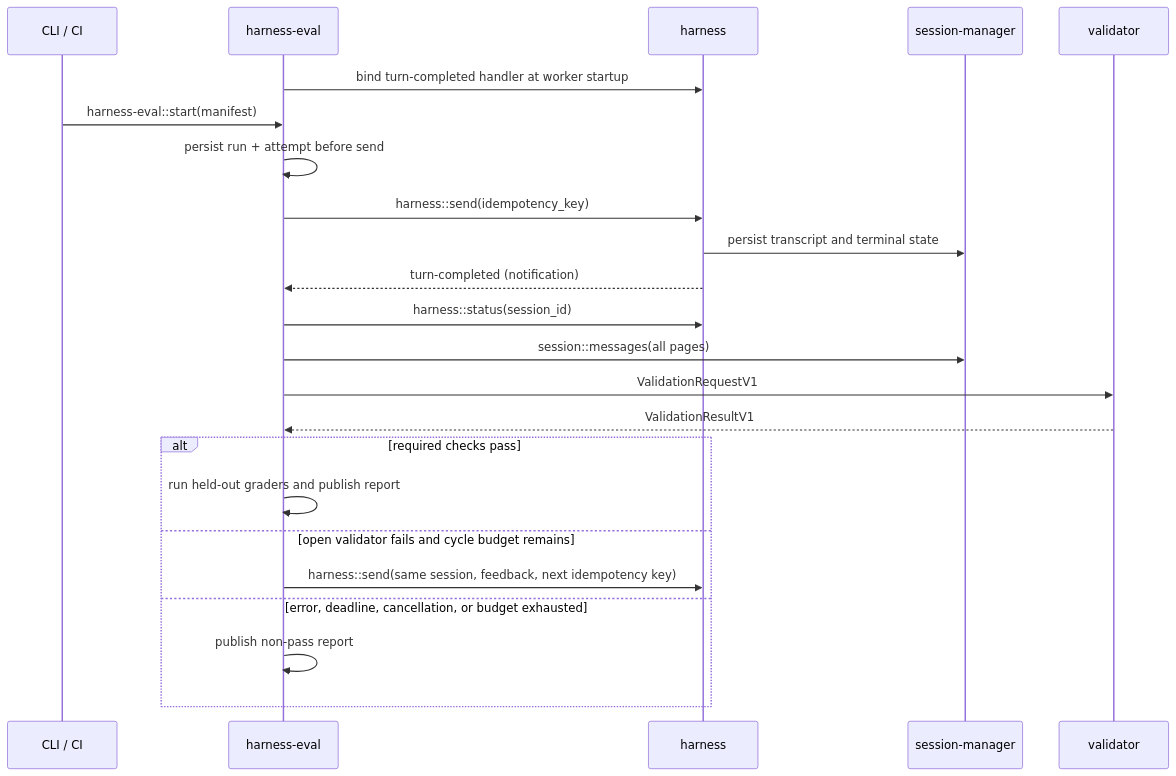
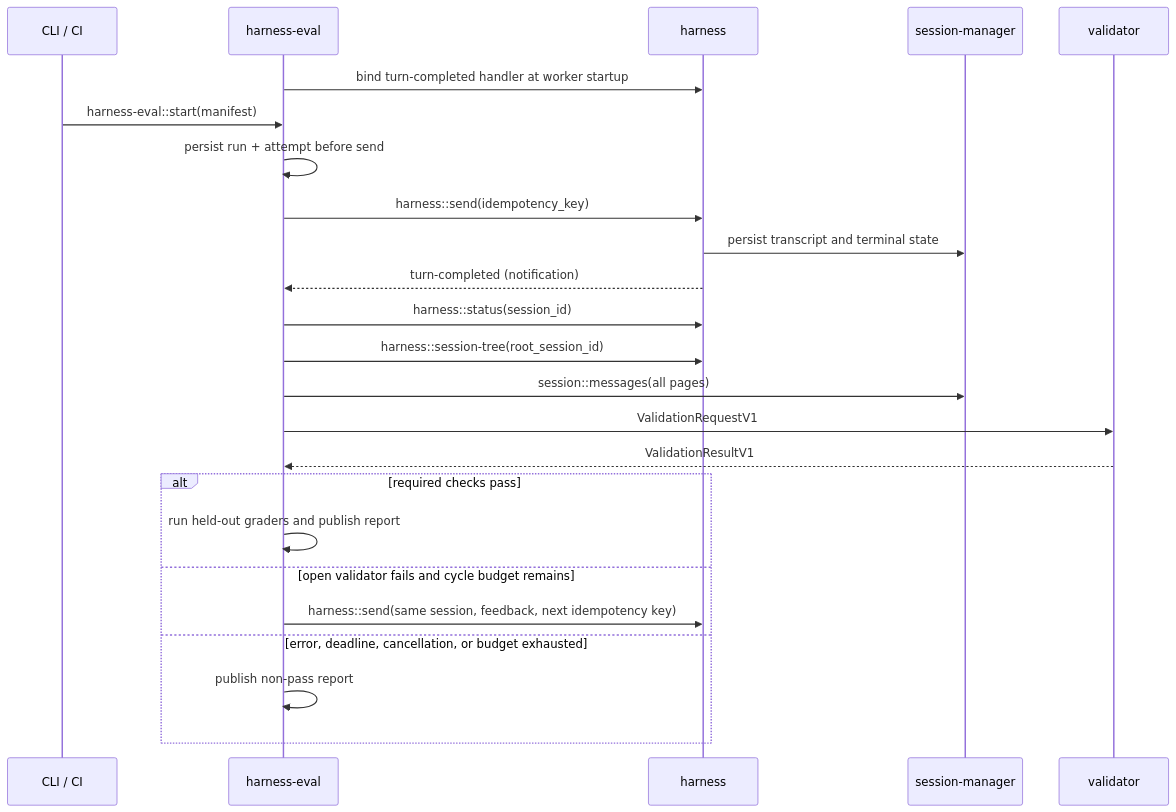
The diagram in tech-specs/2026-07-15-harness-evaluation/agent-quality.md (iii-hq/iii), drawn with Mermaid before and after one commit. The commit also changed other lines of this file and 2 other files, not shown here.

Commit message:
Update agent quality tech spec with new session-tree dependency and generated validator rules. Adjusted last reviewed date and refined completion criteria. Enhanced documentation for generated validators in the roadmap.

````diff
--- a/tech-specs/2026-07-15-harness-evaluation/agent-quality.md
+++ b/tech-specs/2026-07-15-harness-evaluation/agent-quality.md
@@ -102,26 +141,27 @@
 ```mermaid
 sequenceDiagram
   participant L as CLI / CI
   participant E as harness-eval
   participant H as harness
   participant S as session-manager
   participant V as validator
 
   E->>H: bind turn-completed handler at worker startup
   L->>E: harness-eval::start(manifest)
   E->>E: persist run + attempt before send
   E->>H: harness::send(idempotency_key)
   H->>S: persist transcript and terminal state
   H-->>E: turn-completed (notification)
   E->>H: harness::status(session_id)
+  E->>H: harness::session-tree(root_session_id)
   E->>S: session::messages(all pages)
   E->>V: ValidationRequestV1
   V-->>E: ValidationResultV1
   alt required checks pass
     E->>E: run held-out graders and publish report
   else open validator fails and cycle budget remains
     E->>H: harness::send(same session, feedback, next idempotency key)
   else error, deadline, cancellation, or budget exhausted
     E->>E: publish non-pass report
   end
 ```
````
